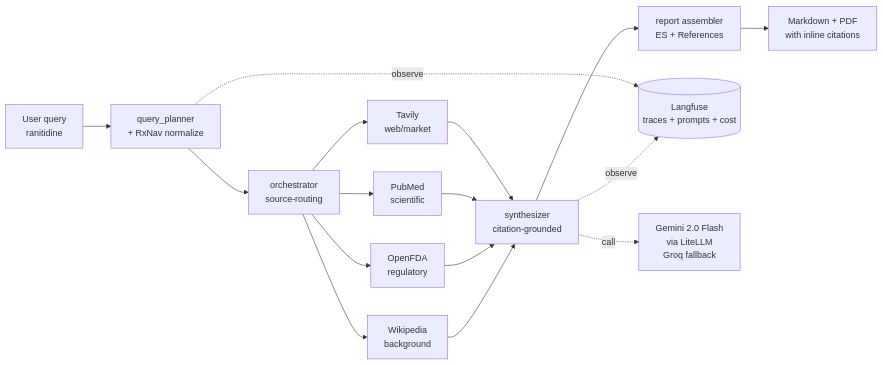
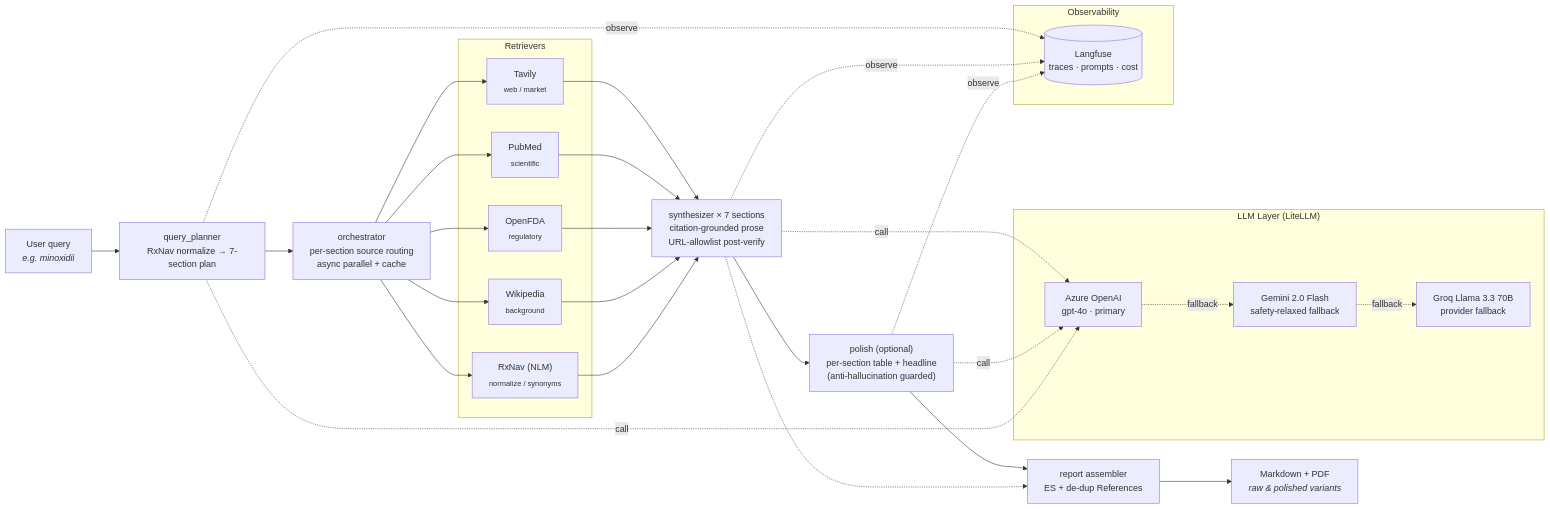
One commit to Ansumanbhujabal/Mentis changed the diagram in README.md. Above: the diagram before and after it, drawn with Mermaid. The commit also changed other lines of this file and 1 other file, not shown here.

First line of the commit message:
docs: rewrite README + update architecture diagram

````diff
--- a/README.md
+++ b/README.md
@@ -21,24 +45,41 @@
 ```mermaid
 flowchart LR
-    U["User query<br/>ranitidine"]
-    QP[query_planner<br/>+ RxNav normalize]
-    ORCH[orchestrator<br/>source-routing]
-    R1[Tavily<br/>web/market]
-    R2[PubMed<br/>scientific]
-    R3[OpenFDA<br/>regulatory]
-    R4[Wikipedia<br/>background]
-    SYN[synthesizer<br/>citation-grounded]
-    REP[report assembler<br/>ES + References]
-    OUT[Markdown + PDF<br/>with inline citations]
+    U["User query<br/><i>e.g. minoxidil</i>"]
+    QP["query_planner<br/>RxNav normalize → 7-section plan"]
+    ORCH["orchestrator<br/>per-section source routing<br/>async parallel + cache"]
+
+    subgraph RETR ["Retrievers"]
+        R1["Tavily<br/><sub>web / market</sub>"]
+        R2["PubMed<br/><sub>scientific</sub>"]
+        R3["OpenFDA<br/><sub>regulatory</sub>"]
+        R4["Wikipedia<br/><sub>background</sub>"]
+        R5["RxNav (NLM)<br/><sub>normalize / synonyms</sub>"]
+    end
+
+    SYN["synthesizer × 7 sections<br/>citation-grounded prose<br/>URL-allowlist post-verify"]
+    POL["polish (optional)<br/>per-section table + headline<br/>(anti-hallucination guarded)"]
+    ASM["report assembler<br/>ES + de-dup References"]
+    OUT["Markdown + PDF<br/><i>raw &amp; polished variants</i>"]
 
     U --> QP --> ORCH
-    ORCH --> R1 & R2 & R3 & R4
-    R1 & R2 & R3 & R4 --> SYN
-    SYN --> REP --> OUT
+    ORCH --> R1 & R2 & R3 & R4 & R5
+    R1 & R2 & R3 & R4 & R5 --> SYN
+    SYN --> POL --> ASM --> OUT
+    SYN -.-> ASM
 
-    LF[(Langfuse<br/>traces + prompts + cost)]
-    LLM[Gemini 2.0 Flash<br/>via LiteLLM<br/>Groq fallback]
-    QP -.observe.-> LF
-    SYN -.observe.-> LF
-    SYN -.call.-> LLM
+    subgraph LLM ["LLM Layer (LiteLLM)"]
+        L1["Azure OpenAI<br/>gpt-4o · primary"]
+        L2["Gemini 2.0 Flash<br/>safety-relaxed fallback"]
+        L3["Groq Llama 3.3 70B<br/>provider fallback"]
+    end
+
+    SYN -.call.-> L1
+    POL -.call.-> L1
+    QP  -.call.-> L1
+    L1 -.fallback.-> L2 -.fallback.-> L3
+
+    subgraph OBS ["Observability"]
+        LF[("Langfuse<br/>traces · prompts · cost")]
+    end
+    QP & SYN & POL -.observe.-> LF
 ```
````
